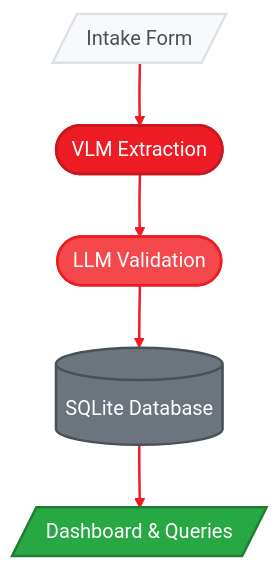
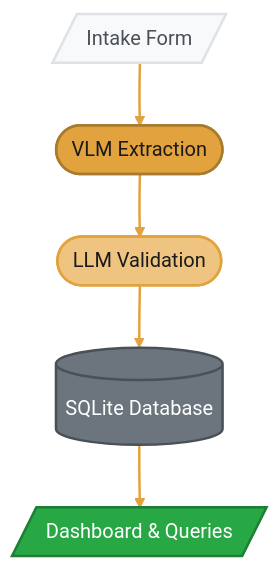
One commit to amd/gaia changed the first of 2 diagrams in docs/guides/emr.mdx. Above: the diagram before and after it, drawn with Mermaid. The commit also changed 37 other files, not shown here.

````diff
--- a/docs/guides/emr.mdx
+++ b/docs/guides/emr.mdx
@@ -27,16 +27,16 @@
 ```mermaid
-%%{init: {'theme':'base', 'themeVariables': { 'primaryColor':'#ED1C24', 'primaryTextColor':'#fff', 'primaryBorderColor':'#C8171E', 'lineColor':'#F4484D', 'fontFamily': 'system-ui, -apple-system, sans-serif'}}}%%
+%%{init: {'theme':'base', 'themeVariables': { 'primaryColor':'#E2A33E', 'primaryTextColor':'#1a1a1a', 'primaryBorderColor':'#A87B2D', 'lineColor':'#EFC480', 'fontFamily': 'system-ui, -apple-system, sans-serif'}}}%%
 flowchart TD
     A[/"Intake Form"/] --> B(["VLM Extraction"])
     B --> C(["LLM Validation"])
     C --> D[("SQLite Database")]
     D --> E[/"Dashboard & Queries"/]
 
     style A fill:#f8f9fa,stroke:#dee2e6,stroke-width:2px,color:#495057
-    style B fill:#ED1C24,stroke:#C8171E,stroke-width:2px,color:#fff
-    style C fill:#F4484D,stroke:#ED1C24,stroke-width:2px,color:#fff
+    style B fill:#E2A33E,stroke:#A87B2D,stroke-width:2px,color:#1a1a1a
+    style C fill:#EFC480,stroke:#E2A33E,stroke-width:2px,color:#1a1a1a
     style D fill:#6c757d,stroke:#495057,stroke-width:2px,color:#fff
     style E fill:#28a745,stroke:#1e7e34,stroke-width:2px,color:#fff
 
-    linkStyle 0,1,2,3 stroke:#ED1C24,stroke-width:2px
+    linkStyle 0,1,2,3 stroke:#E2A33E,stroke-width:2px
 ```
````
